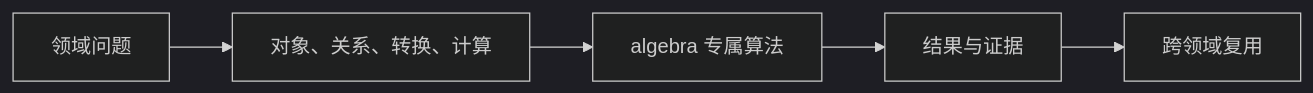
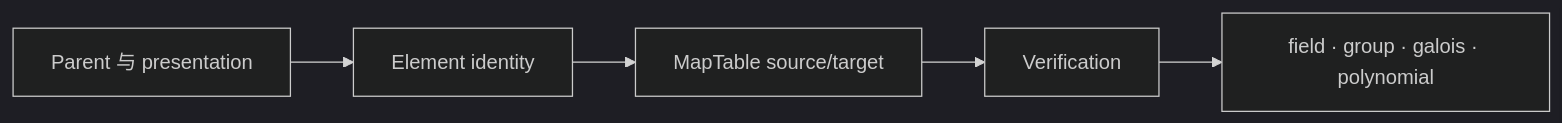
Before and after one commit to ai4waifu/athena.rs: the first of 2 diagrams in projects/athena-engine/src/domains/algebra/readme.md, drawn with Mermaid (dark theme). The commit also changed other lines of this file and 21 other files, not shown here.

````diff
--- a/projects/athena-engine/src/domains/algebra/readme.md
+++ b/projects/athena-engine/src/domains/algebra/readme.md
@@ -15,7 +15,7 @@
 ```mermaid
 flowchart LR
-    Problem["领域问题"] --> Decompose["对象、关系、转换、计算"]
-    Decompose --> Algorithm["algebra 专属算法"]
-    Algorithm --> Evidence["结果与证据"]
-    Evidence --> Cross["跨领域复用"]
+ P["Parent 与 presentation"] --> E["Element identity"]
+ E --> M["MapTable source/target"]
+ M --> V["Verification"]
+ V --> D["field · group · galois · polynomial"]
 ```
````
